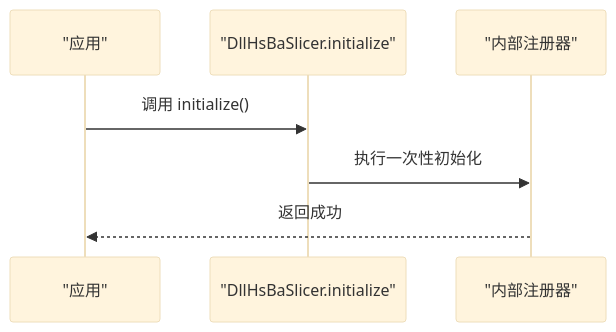
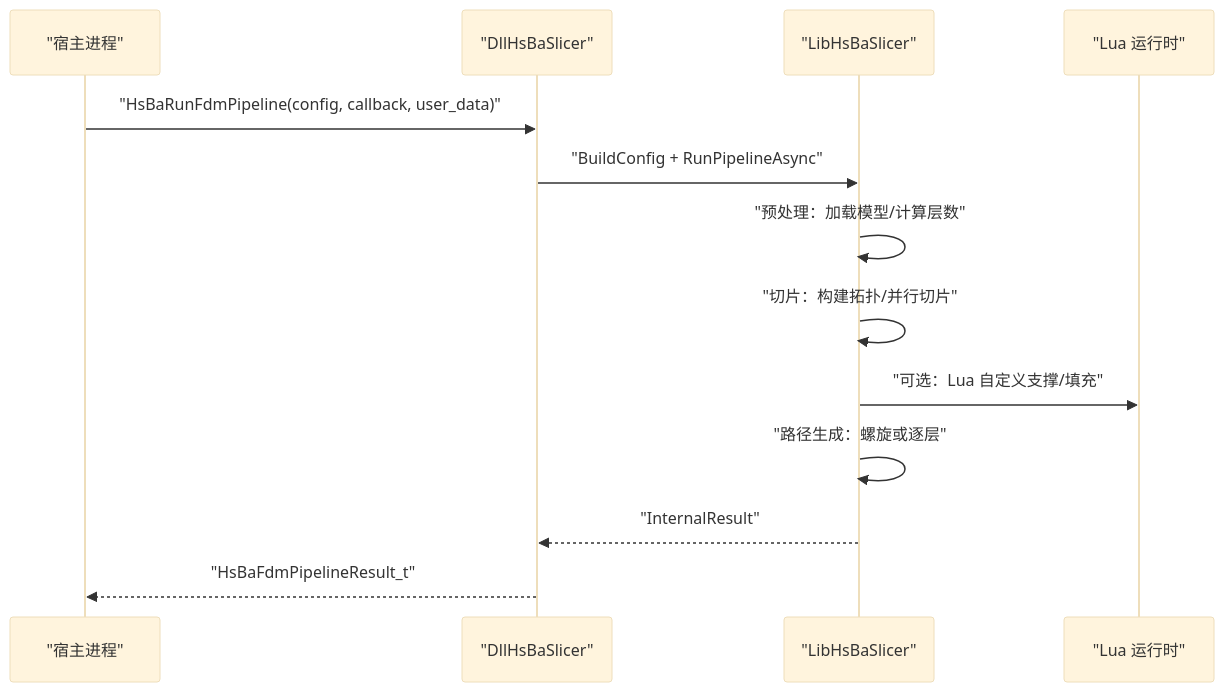
One commit to hsmbanlance/HsBaSlicer changed the third of 6 diagrams in .qoder/repowiki/zh/content/扩展开发指南/扩展开发指南.md. Above: the diagram before and after it, drawn with Mermaid (base theme). The commit also changed other lines of this file and 1095 other files, not shown here.

````diff
--- a/.qoder/repowiki/zh/content/扩展开发指南/扩展开发指南.md
+++ b/.qoder/repowiki/zh/content/扩展开发指南/扩展开发指南.md
@@ -163,9 +157,15 @@
 ```mermaid
 sequenceDiagram
-participant App as "应用"
-participant DLL as "DllHsBaSlicer.initialize"
-participant Core as "内部注册器"
-App->>DLL : 调用 initialize()
-DLL->>Core : 执行一次性初始化
-Core-->>App : 返回成功
+participant Host as "宿主进程"
+participant DLL as "DllHsBaSlicer"
+participant Core as "LibHsBaSlicer"
+participant Lua as "Lua 运行时"
+Host->>DLL : "HsBaRunFdmPipeline(config, callback, user_data)"
+DLL->>Core : "BuildConfig + RunPipelineAsync"
+Core->>Core : "预处理：加载模型/计算层数"
+Core->>Core : "切片：构建拓扑/并行切片"
+Core->>Lua : "可选：Lua 自定义支撑/填充"
+Core->>Core : "路径生成：螺旋或逐层"
+Core-->>DLL : "InternalResult"
+DLL-->>Host : "HsBaFdmPipelineResult_t"
 ```
````
